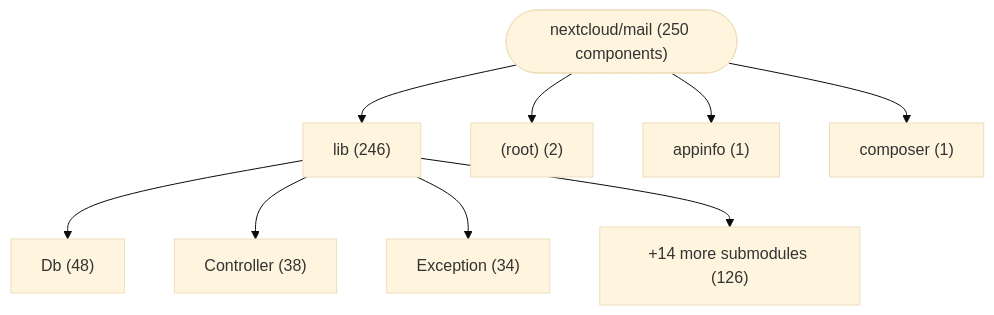
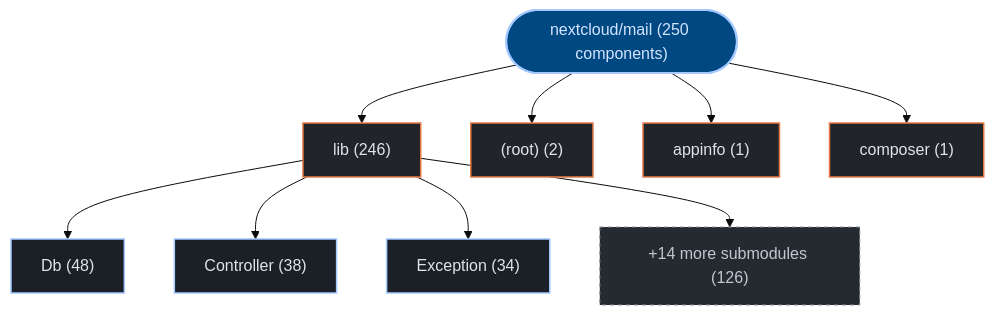
One commit to kumarshaz/atruss-code-atlas changed the first of 3 diagrams in exports/latest/reports/nextcloud-mail-report.md. Above: the diagram before and after it, drawn with Mermaid (base theme). The commit also changed other lines of this file and 331 other files, not shown here.

Commit message:
docs,ui,fix: update SDLC docs, reorder CI/CD DAG first, stylize Mermaid, and fix Arc42 pipeline topology

````diff
--- a/exports/latest/reports/nextcloud-mail-report.md
+++ b/exports/latest/reports/nextcloud-mail-report.md
@@ -42,20 +42,27 @@
 ```mermaid
 graph TD;
-    repo_root(["nextcloud/mail (250 components)"])
-    dir_0_lib["lib (246)"]
+  classDef atlasRoot fill:#004882,stroke:#a3c9ff,stroke-width:2px,color:#d3e4ff
+  classDef atlasCategory fill:#212428,stroke:#E87A48,stroke-width:1.5px,color:#dfe3eb
+  classDef atlasWorkflow fill:#1b2026,stroke:#a3c9ff,stroke-width:1.5px,color:#dfe3eb
+  classDef atlasJob fill:#171c22,stroke:#8d9199,stroke-width:1px,color:#dfe3eb
+  classDef atlasTarget fill:#005227,stroke:#8bd99b,stroke-width:1.5px,color:#a7f6b6
+  classDef atlasAlert fill:#93000a,stroke:#ffb4ab,stroke-width:1.5px,color:#ffdad6
+  classDef atlasMore fill:#252a31,stroke:#8d9199,stroke-dasharray:4 4,color:#c3c6cf
+    repo_root(["nextcloud/mail (250 components)"]):::atlasRoot
+    dir_0_lib["lib (246)"]:::atlasCategory
     repo_root --> dir_0_lib
-    sub_0_0_Db["Db (48)"]
+    sub_0_0_Db["Db (48)"]:::atlasWorkflow
     dir_0_lib --> sub_0_0_Db
-    sub_0_1_Controller["Controller (38)"]
+    sub_0_1_Controller["Controller (38)"]:::atlasWorkflow
     dir_0_lib --> sub_0_1_Controller
-    sub_0_2_Exception["Exception (34)"]
+    sub_0_2_Exception["Exception (34)"]:::atlasWorkflow
     dir_0_lib --> sub_0_2_Exception
-    sub_0_more["+14 more submodules (126)"]
+    sub_0_more["+14 more submodules (126)"]:::atlasMore
     dir_0_lib --> sub_0_more
-    dir_1__root_["(root) (2)"]
+    dir_1__root_["(root) (2)"]:::atlasCategory
     repo_root --> dir_1__root_
-    dir_2_appinfo["appinfo (1)"]
+    dir_2_appinfo["appinfo (1)"]:::atlasCategory
     repo_root --> dir_2_appinfo
-    dir_3_composer["composer (1)"]
+    dir_3_composer["composer (1)"]:::atlasCategory
     repo_root --> dir_3_composer
 ```
````
